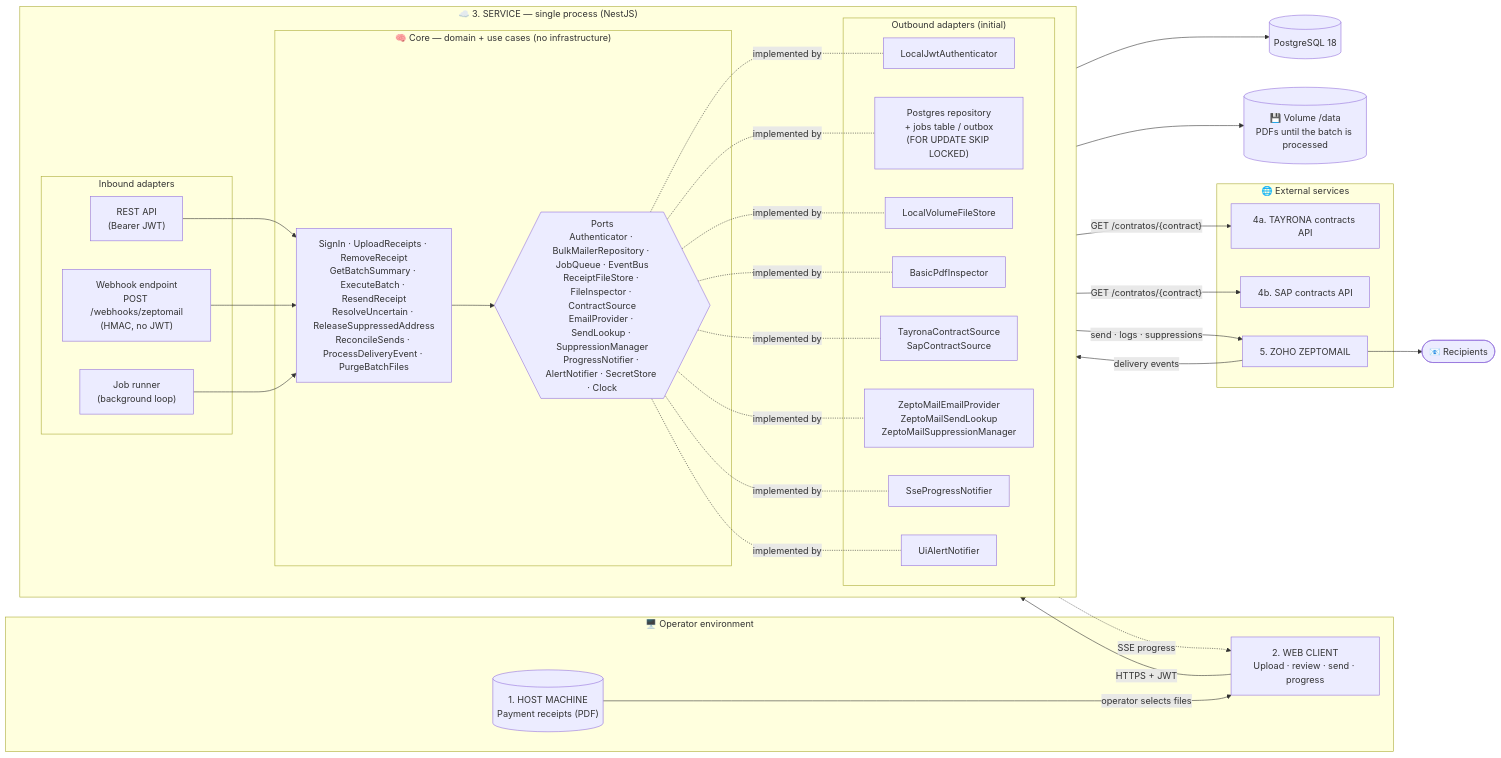
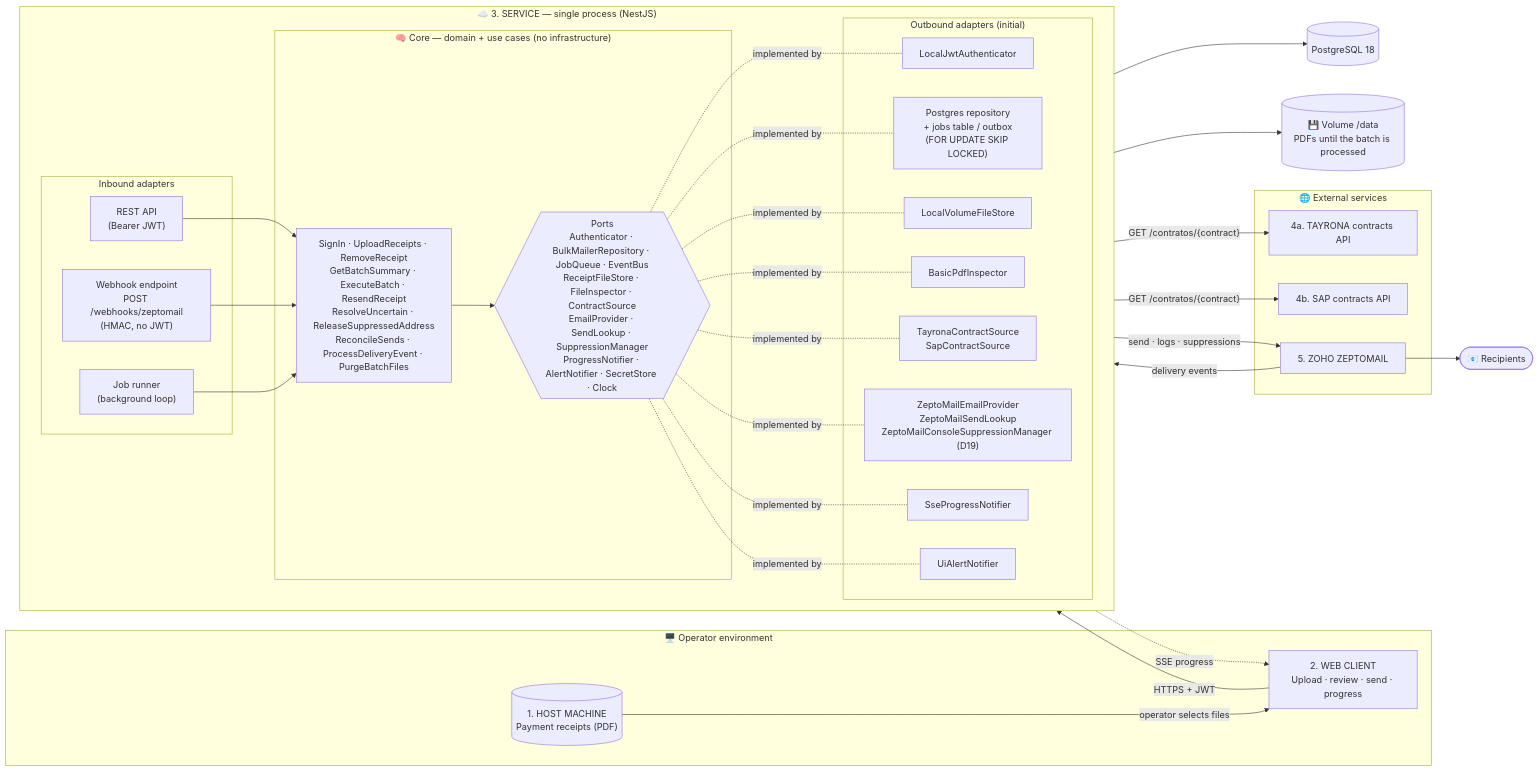
The first of 6 diagrams in docs/architecture/arquitectura.md (Ramioy/bulk-mailer-backend), drawn with Mermaid before and after one commit. The commit also changed other lines of this file and 52 other files, not shown here.

````diff
--- a/docs/architecture/arquitectura.md
+++ b/docs/architecture/arquitectura.md
@@ -9,54 +9,54 @@
 ```mermaid
 flowchart LR
     subgraph USR["🖥️ Operator environment"]
         HOST[("1. HOST MACHINE<br/>Payment receipts (PDF)")]
         WEB["2. WEB CLIENT<br/>Upload · review · send · progress"]
     end
 
     subgraph SVC["☁️ 3. SERVICE — single process (NestJS)"]
         direction LR
         subgraph IN["Inbound adapters"]
             REST["REST API<br/>(Bearer JWT)"]
             WH["Webhook endpoint<br/>POST /webhooks/zeptomail<br/>(HMAC, no JWT)"]
             RUN["Job runner<br/>(background loop)"]
         end
 
         subgraph CORE["🧠 Core — domain + use cases (no infrastructure)"]
             UC["SignIn · UploadReceipts · RemoveReceipt<br/>GetBatchSummary · ExecuteBatch · ResendReceipt<br/>ResolveUncertain · ReleaseSuppressedAddress<br/>ReconcileSends · ProcessDeliveryEvent · PurgeBatchFiles"]
             PORTS{{"Ports<br/>Authenticator · BulkMailerRepository · JobQueue · EventBus<br/>ReceiptFileStore · FileInspector · ContractSource<br/>EmailProvider · SendLookup · SuppressionManager<br/>ProgressNotifier · AlertNotifier · SecretStore · Clock"}}
         end
 
         subgraph OUT["Outbound adapters (initial)"]
             A_AUTH["LocalJwtAuthenticator"]
             A_PG["Postgres repository<br/>+ jobs table / outbox<br/>(FOR UPDATE SKIP LOCKED)"]
             A_FS["LocalVolumeFileStore"]
             A_INS["BasicPdfInspector"]
             A_SRC["TayronaContractSource<br/>SapContractSource"]
-            A_ZM["ZeptoMailEmailProvider<br/>ZeptoMailSendLookup<br/>ZeptoMailSuppressionManager"]
+            A_ZM["ZeptoMailEmailProvider<br/>ZeptoMailSendLookup<br/>ZeptoMailConsoleSuppressionManager (D19)"]
             A_SSE["SseProgressNotifier"]
             A_AL["UiAlertNotifier"]
         end
     end
 
     PG[("PostgreSQL 18")]
     VOL[("💾 Volume /data<br/>PDFs until the batch is processed")]
 
     subgraph EXT["🌐 External services"]
         TAY["4a. TAYRONA contracts API"]
         SAP["4b. SAP contracts API"]
         ZM["5. ZOHO ZEPTOMAIL"]
     end
     DEST(["📧 Recipients"])
 
     HOST -- "operator selects files" --> WEB
     WEB -- "HTTPS + JWT" --> REST
     A_SSE -. "SSE progress" .-> WEB
     ZM -- "delivery events" --> WH
     REST & WH & RUN --> UC --> PORTS
     PORTS -.implemented by.- A_AUTH & A_PG & A_FS & A_INS & A_SRC & A_ZM & A_SSE & A_AL
     A_PG --> PG
     A_FS --> VOL
     A_SRC -- "GET /contratos/{contract}" --> TAY & SAP
     A_ZM -- "send · logs · suppressions" --> ZM
     ZM --> DEST
 ```
````
